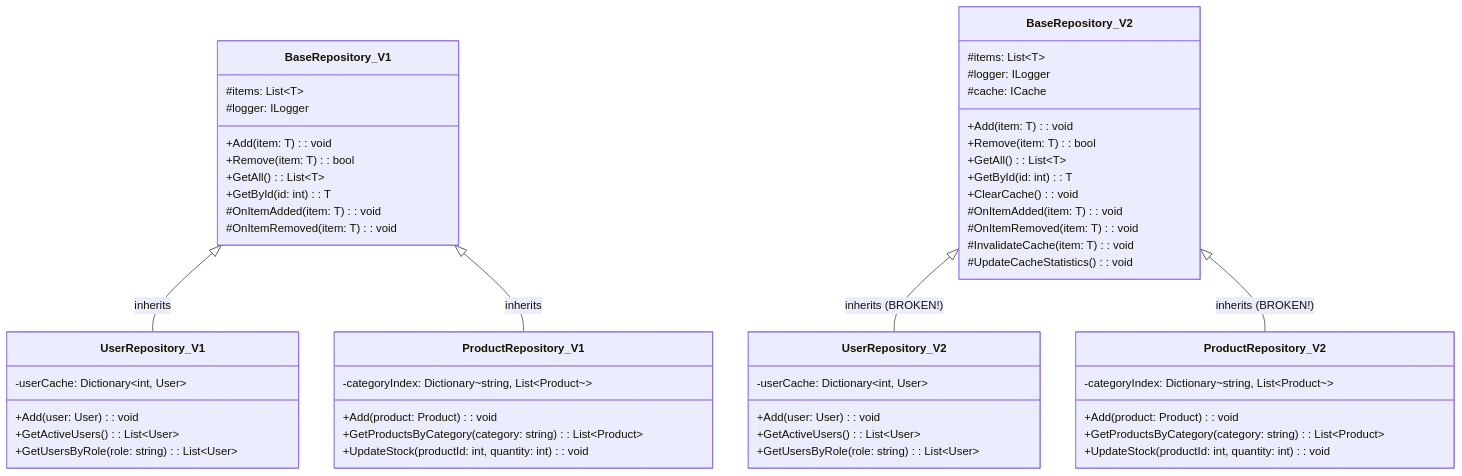
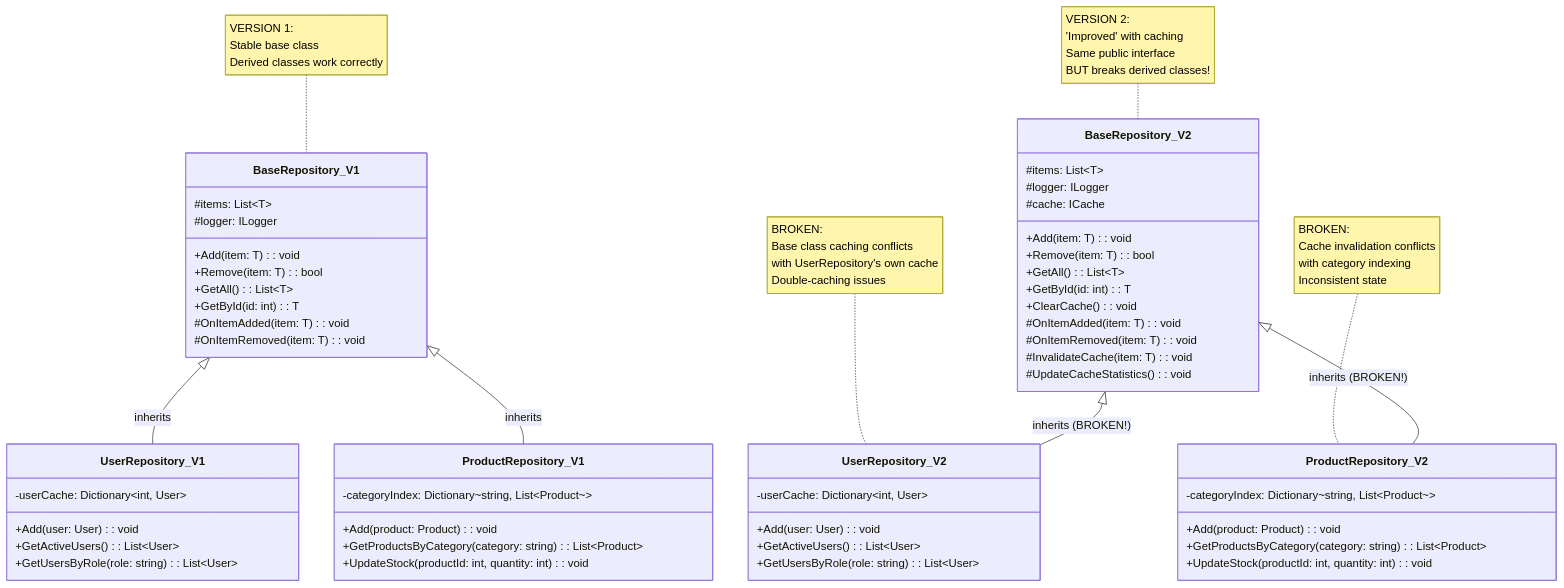
The diagram in docs/03-oop-principles/08-fragile-base-class-problem.md (danangsw/csharp-solid-principles), drawn with Mermaid before and after one commit. The commit also changed other lines of this file and 2 other files, not shown here.

Commit message:
Modified OOP documentation

````diff
--- a/docs/03-oop-principles/08-fragile-base-class-problem.md
+++ b/docs/03-oop-principles/08-fragile-base-class-problem.md
@@ -21,72 +21,80 @@
 ```mermaid
 classDiagram
     %% Original stable version
     class BaseRepository_V1 {
         #items: List~T~
         #logger: ILogger
         
         +Add(item: T) : void
         +Remove(item: T) : bool
         +GetAll() : List~T~
         +GetById(id: int) : T
         #OnItemAdded(item: T) : void
         #OnItemRemoved(item: T) : void
     }
     
     class UserRepository_V1 {
         -userCache: Dictionary~int, User~
         
         +Add(user: User) : void
         +GetActiveUsers() : List~User~
         +GetUsersByRole(role: string) : List~User~
     }
     
     class ProductRepository_V1 {
         -categoryIndex: Dictionary~string, List~Product~~
         
         +Add(product: Product) : void
         +GetProductsByCategory(category: string) : List~Product~
         +UpdateStock(productId: int, quantity: int) : void
     }
     
     %% Version 2 - "Improved" base class that breaks derived classes
     class BaseRepository_V2 {
         #items: List~T~
         #logger: ILogger
         #cache: ICache
         
         +Add(item: T) : void
         +Remove(item: T) : bool
         +GetAll() : List~T~
         +GetById(id: int) : T
         +ClearCache() : void
         #OnItemAdded(item: T) : void
         #OnItemRemoved(item: T) : void
         #InvalidateCache(item: T) : void
         #UpdateCacheStatistics() : void
     }
     
     class UserRepository_V2 {
         -userCache: Dictionary~int, User~
         
         +Add(user: User) : void
         +GetActiveUsers() : List~User~
         +GetUsersByRole(role: string) : List~User~
     }
     
     class ProductRepository_V2 {
         -categoryIndex: Dictionary~string, List~Product~~
         
         +Add(product: Product) : void
         +GetProductsByCategory(category: string) : List~Product~
         +UpdateStock(productId: int, quantity: int) : void
     }
     
     %% V1 relationships
     BaseRepository_V1 <|-- UserRepository_V1 : inherits
     BaseRepository_V1 <|-- ProductRepository_V1 : inherits
     
     %% V2 relationships - same inheritance but now broken
     BaseRepository_V2 <|-- UserRepository_V2 : inherits (BROKEN!)
     BaseRepository_V2 <|-- ProductRepository_V2 : inherits (BROKEN!)
+
+    note for BaseRepository_V1 "VERSION 1:<br/>Stable base class<br/>Derived classes work correctly"
+
+    note for BaseRepository_V2 "VERSION 2:<br/>'Improved' with caching<br/>Same public interface<br/>BUT breaks derived classes!"
+    
+    note for UserRepository_V2 "BROKEN:<br/>Base class caching conflicts<br/>with UserRepository's own cache<br/>Double-caching issues"
+    
+    note for ProductRepository_V2 "BROKEN:<br/>Cache invalidation conflicts<br/>with category indexing<br/>Inconsistent state"
 ```
````
